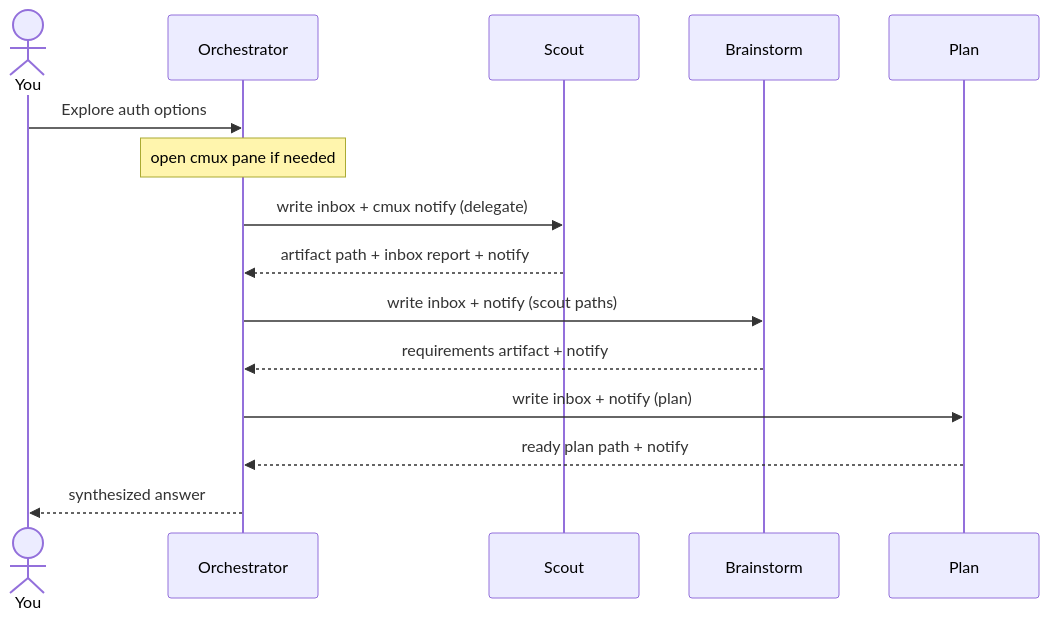
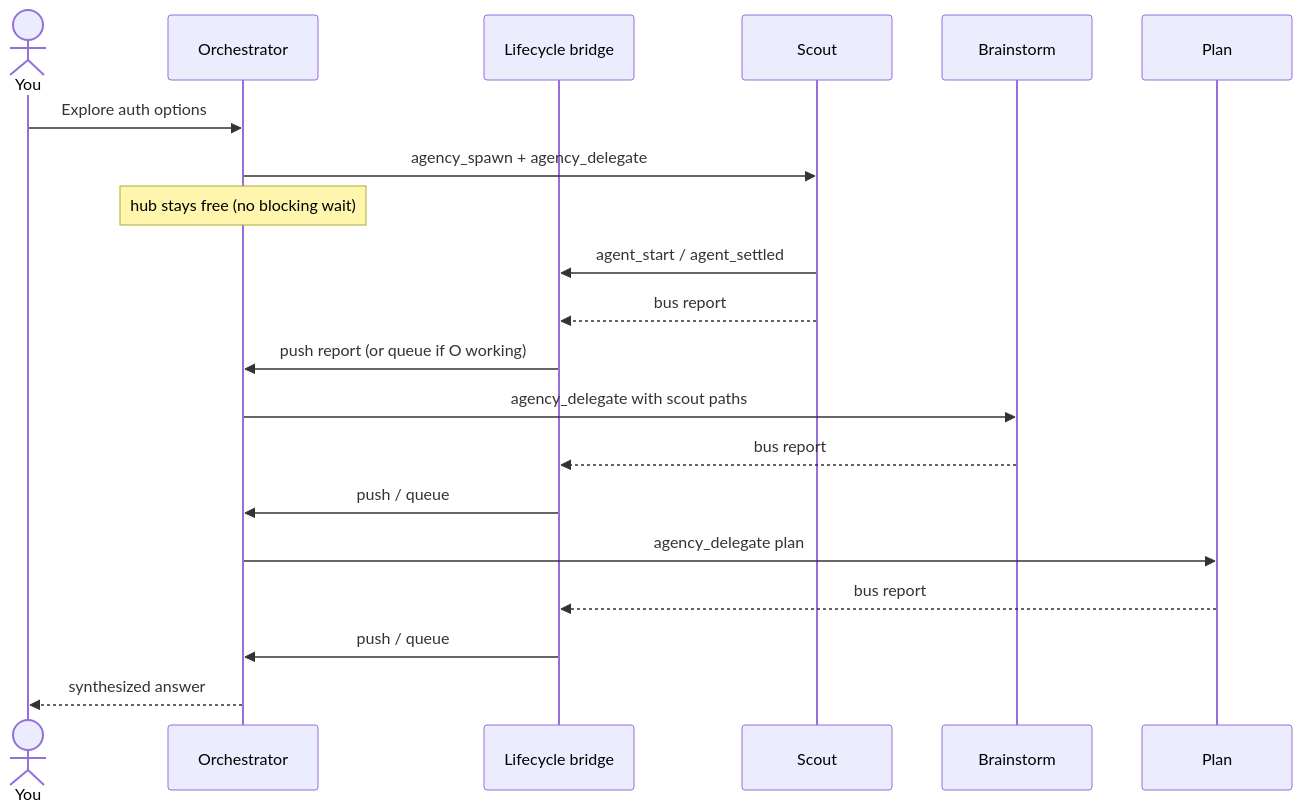
One commit to tejasghutukade/pi-multi-agency changed the tenth of 10 diagrams in docs/architecture.md. Above: the diagram before and after it, drawn with Mermaid. The commit also changed other lines of this file and 13 other files, not shown here.

First line of the commit message:
Ship Orchestrator hub lock and lifecycle bridge (v0.3).

````diff
--- a/docs/architecture.md
+++ b/docs/architecture.md
@@ -855,18 +953,23 @@
 ```mermaid
 sequenceDiagram
     actor U as You
     participant O as Orchestrator
+    participant Bridge as Lifecycle bridge
     participant S as Scout
     participant B as Brainstorm
     participant P as Plan
 
     U->>O: Explore auth options
-    Note over O: open cmux pane if needed
-    O->>S: write inbox + cmux notify (delegate)
-    S-->>O: artifact path + inbox report + notify
-    O->>B: write inbox + notify (scout paths)
-    B-->>O: requirements artifact + notify
-    O->>P: write inbox + notify (plan)
-    P-->>O: ready plan path + notify
+    O->>S: agency_spawn + agency_delegate
+    Note over O: hub stays free (no blocking wait)
+    S->>Bridge: agent_start / agent_settled
+    S-->>Bridge: bus report
+    Bridge->>O: push report (or queue if O working)
+    O->>B: agency_delegate with scout paths
+    B-->>Bridge: bus report
+    Bridge->>O: push / queue
+    O->>P: agency_delegate plan
+    P-->>Bridge: bus report
+    Bridge->>O: push / queue
     O-->>U: synthesized answer
 ```
````
